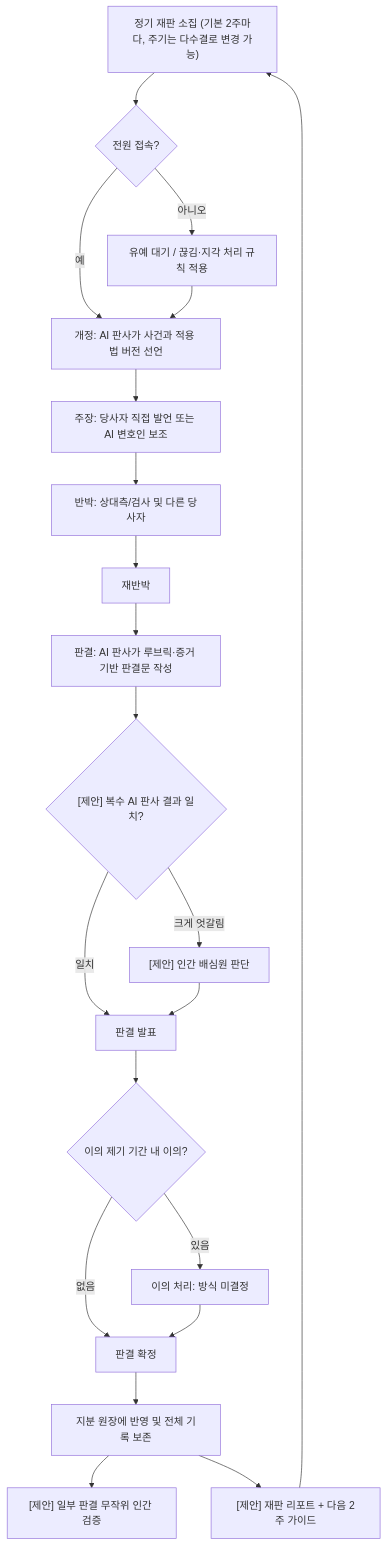
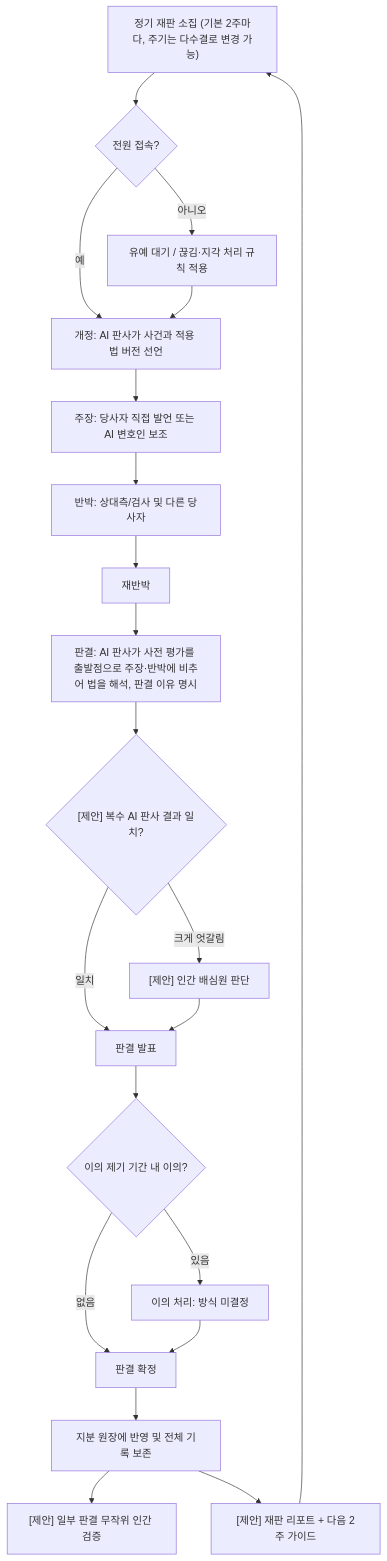
One commit to garunnir/pie-court changed the diagram in docs/DESIGN.md. Above: the diagram before and after it, drawn with Mermaid. The commit also changed other lines of this file and 1 other file, not shown here.

````diff
--- a/docs/DESIGN.md
+++ b/docs/DESIGN.md
@@ -166,23 +168,23 @@
 ```mermaid
 flowchart TD
     A["정기 재판 소집 (기본 2주마다, 주기는 다수결로 변경 가능)"] --> B{전원 접속?}
     B -- 예 --> C[개정: AI 판사가 사건과 적용 법 버전 선언]
     B -- 아니오 --> B1[유예 대기 / 끊김·지각 처리 규칙 적용]
     B1 --> C
     C --> D[주장: 당사자 직접 발언 또는 AI 변호인 보조]
     D --> E[반박: 상대측/검사 및 다른 당사자]
     E --> F[재반박]
-    F --> G[판결: AI 판사가 루브릭·증거 기반 판결문 작성]
+    F --> G["판결: AI 판사가 사전 평가를 출발점으로 주장·반박에 비추어 법을 해석, 판결 이유 명시"]
     G --> G1{"[제안] 복수 AI 판사 결과 일치?"}
     G1 -- 일치 --> H[판결 발표]
     G1 -- 크게 엇갈림 --> J["[제안] 인간 배심원 판단"]
     J --> H
     H --> I{이의 제기 기간 내 이의?}
     I -- 없음 --> K[판결 확정]
     I -- 있음 --> L[이의 처리: 방식 미결정]
     L --> K
     K --> M[지분 원장에 반영 및 전체 기록 보존]
     M --> N["[제안] 일부 판결 무작위 인간 검증"]
     M --> O["[제안] 재판 리포트 + 다음 2주 가이드"]
     O --> A
 ```
````
